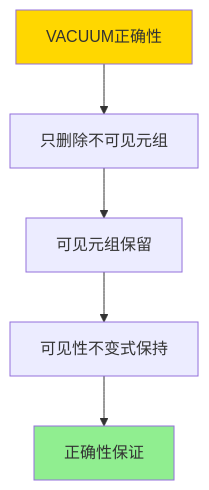
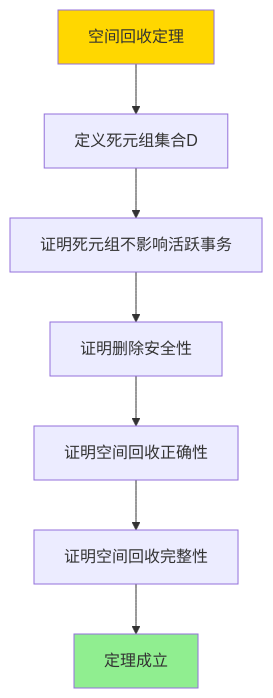
The fifth of 5 diagrams in PostgreSQL/10-理论基础/06-存储与恢复/06.02-VACUUM与可见性不变式-垃圾回收正确性.md (AdaMartin18010/PostgreSQL_modern), drawn with Mermaid before and after one commit. The commit also changed other lines of this file and 16 other files, not shown here.

````diff
--- a/PostgreSQL/10-理论基础/06-存储与恢复/06.02-VACUUM与可见性不变式-垃圾回收正确性.md
+++ b/PostgreSQL/10-理论基础/06-存储与恢复/06.02-VACUUM与可见性不变式-垃圾回收正确性.md
@@ -223,10 +355,12 @@
 ```mermaid
 graph TD
-    A[VACUUM正确性] --> B[只删除不可见元组]
-    B --> C[可见元组保留]
-    C --> D[可见性不变式保持]
-    D --> E[正确性保证]
+    A[空间回收定理] --> B[定义死元组集合D]
+    B --> C[证明死元组不影响活跃事务]
+    C --> D[证明删除安全性]
+    D --> E[证明空间回收正确性]
+    E --> F[证明空间回收完整性]
+    F --> G[定理成立]
 
     style A fill:#FFD700
-    style E fill:#90EE90
+    style G fill:#90EE90
 ```
````
